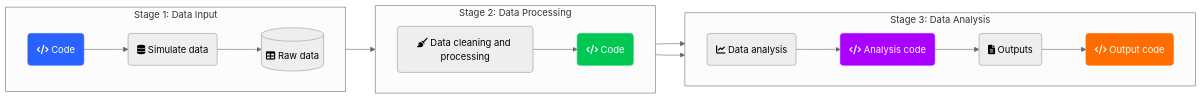
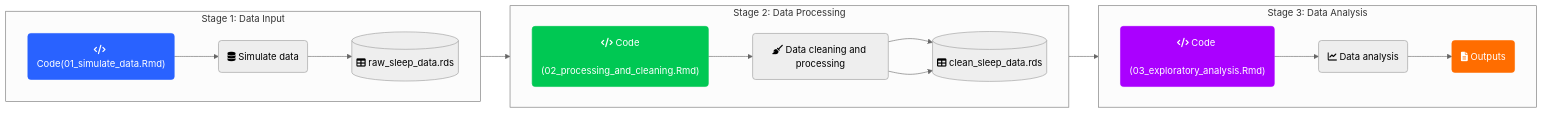
The diagram in codigo/04_flowchart.mmd (Juanesdiaztorres/GPI-workshop4), drawn with Mermaid (neutral theme) before and after one commit.

Commit message:
Update flowchart making emphasis on the names of the scripts

```diff
--- a/codigo/04_flowchart.mmd
+++ b/codigo/04_flowchart.mmd
@@ -1,44 +1,47 @@
 flowchart LR
     %% =========================
     %% Stage 1: Data Input
     %% =========================
     subgraph S1["Stage 1: Data Input"]
         direction LR
-        A("fa:fa-code Code")
+        A("fa:fa-code Code(01_simulate_data.Rmd)")
         B("fa:fa-database Simulate data")
-        C[("fa:fa-table Raw data")]
+        C[("fa:fa-table raw_sleep_data.rds")]
     end
 
     %% =========================
     %% Stage 2: Data Processing
     %% =========================
     subgraph S2["Stage 2: Data Processing"]
         direction LR
-        D("fa:fa-broom Data cleaning and processing")
-        E("fa:fa-code Code")
+        D("fa:fa-code Code
+            (02_processing_and_cleaning.Rmd)")
+        E("fa:fa-broom Data cleaning and processing")
+        F[("fa:fa-table clean_sleep_data.rds")]
+        
     end
 
     %% =========================
     %% Stage 3: Data Analysis
     %% =========================
     subgraph S3["Stage 3: Data Analysis"]
         direction LR
-        F("fa:fa-chart-line Data analysis")
-        G("fa:fa-code Analysis code")
-        H("fa:fa-file-alt Outputs")
-        I("fa:fa-code Output code")
+        G("fa:fa-code Code 
+         (03_exploratory_analysis.Rmd)")
+        H("fa:fa-chart-line Data analysis")
+        I("fa:fa-file-alt Outputs")
     end
 
     %% =========================
     %% Connections
     %% =========================
     A --> B --> C --> D --> E --> F --> G --> H --> I
     E --> F
 
     %% =========================
     %% Styling (visual emphasis)
     %% =========================
     style A fill:#2962FF, stroke:#2962FF, color:#FFFFFF
-    style E fill:#00C853, stroke:#00C853, color:#FFFFFF
+    style D fill:#00C853, stroke:#00C853, color:#FFFFFF
     style G fill:#AA00FF, stroke:#AA00FF, color:#FFFFFF
     style I fill:#FF6D00, stroke:#FF6D00, color:#FFFFFF
```
